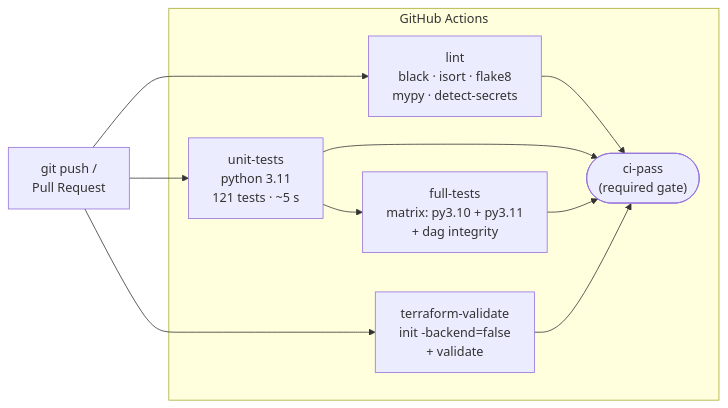
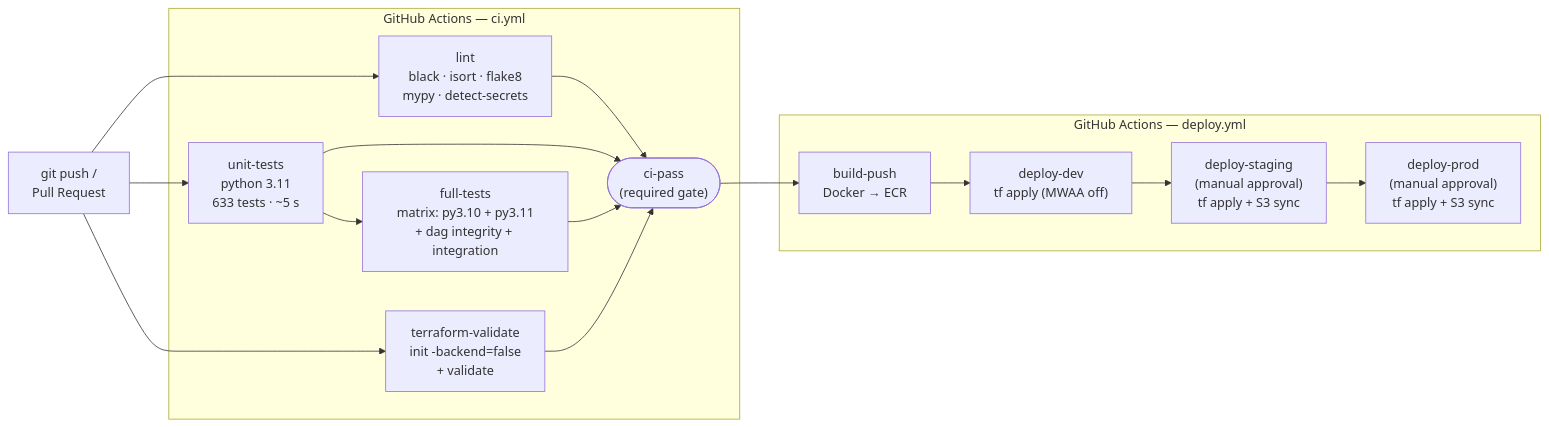
Before and after one commit to lehcimhdz/global-trade-aws: the third of 3 diagrams in README.md, drawn with Mermaid. The commit also changed other lines of this file and 4 other files, not shown here.

````diff
--- a/README.md
+++ b/README.md
@@ -498,19 +598,24 @@
 ```mermaid
 flowchart LR
     Push["git push /\nPull Request"]
 
-    subgraph CI ["GitHub Actions"]
+    subgraph CI ["GitHub Actions — ci.yml"]
         L["lint\nblack · isort · flake8\nmypy · detect-secrets"]
-        U["unit-tests\npython 3.11\n121 tests · ~5 s"]
-        F["full-tests\nmatrix: py3.10 + py3.11\n+ dag integrity"]
+        U["unit-tests\npython 3.11\n633 tests · ~5 s"]
+        F["full-tests\nmatrix: py3.10 + py3.11\n+ dag integrity + integration"]
         T["terraform-validate\ninit -backend=false\n+ validate"]
         G(["ci-pass\n(required gate)"])
     end
 
+    subgraph CD ["GitHub Actions — deploy.yml"]
+        B["build-push\nDocker → ECR"]
+        D["deploy-dev\ntf apply (MWAA off)"]
+        S["deploy-staging\n(manual approval)\ntf apply + S3 sync"]
+        P["deploy-prod\n(manual approval)\ntf apply + S3 sync"]
+    end
+
     Push --> L & U & T
-    L --> G
-    U --> G
-    T --> G
-    U --> F
-    F --> G
+    L & U & T --> G
+    U --> F --> G
+    G --> B --> D --> S --> P
 ```
````
